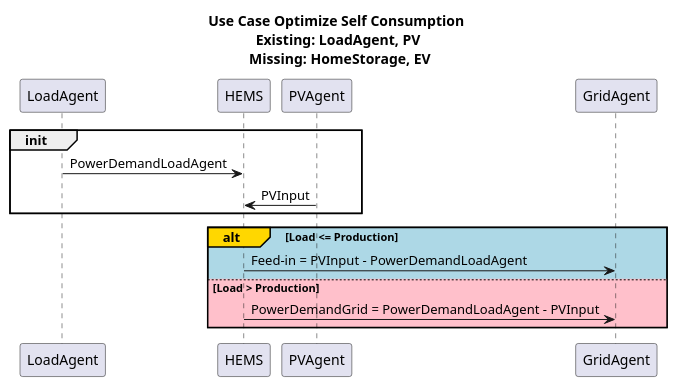
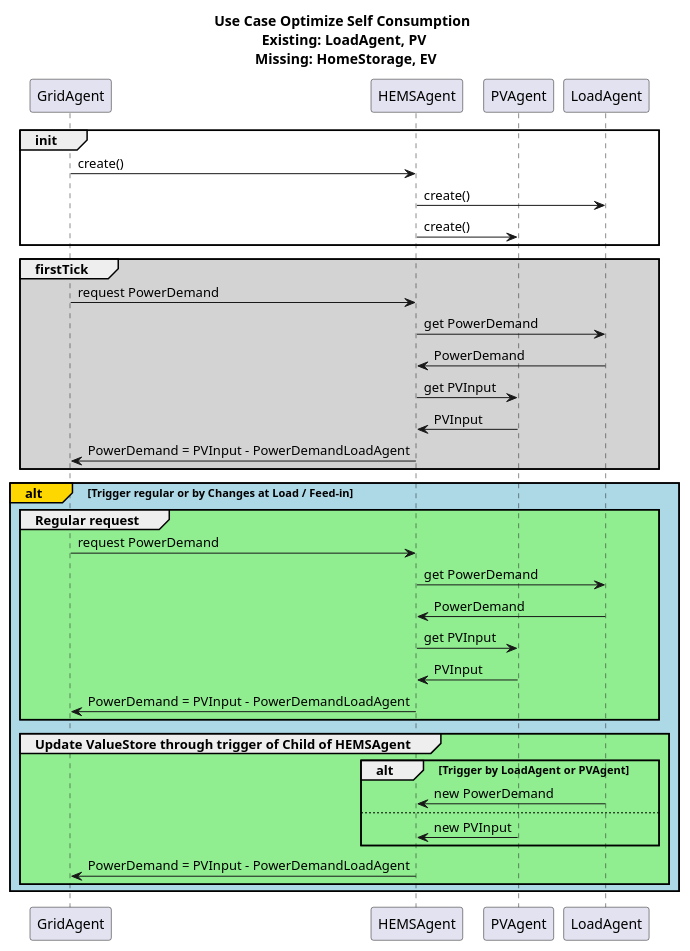
The diagram in docs/uml/protocol/HEMS_Control/HemsControlSelfOptLoadPV.puml (ie3-institute/simona), drawn with PlantUML before and after one commit. The commit also changed 6 other files, not shown here.

Commit message:
Harmonize Order of Agents in Sequence Diagramm Init Process of Agents Process diagram of new trigger First draft of documentation

```diff
--- a/docs/uml/protocol/HEMS_Control/HemsControlSelfOptLoadPV.puml
+++ b/docs/uml/protocol/HEMS_Control/HemsControlSelfOptLoadPV.puml
@@ -1,14 +1,41 @@
 @startuml
 title Use Case Optimize Self Consumption \n Existing: LoadAgent, PV \n Missing: HomeStorage, EV
-       group init
-            LoadAgent -> HEMS: PowerDemandLoadAgent
-            PVAgent -> HEMS: PVInput
-        end
-        alt#Gold #LightBlue Load <= Production
-            HEMS -> GridAgent: Feed-in = PVInput - PowerDemandLoadAgent
-        else #Pink Load > Production
-            HEMS -> GridAgent: PowerDemandGrid = PowerDemandLoadAgent - PVInput
-        end
+participant GridAgent
+participant HEMSAgent
+participant PVAgent
+participant LoadAgent
 
+group init
+    GridAgent -> HEMSAgent: create()
+    HEMSAgent -> LoadAgent: create()
+    HEMSAgent -> PVAgent: create()
+    end
 
+group #LightGrey firstTick
+    GridAgent -> HEMSAgent: request PowerDemand
+    HEMSAgent -> LoadAgent: get PowerDemand
+    LoadAgent -> HEMSAgent: PowerDemand
+    HEMSAgent -> PVAgent: get PVInput
+    PVAgent -> HEMSAgent: PVInput
+    HEMSAgent -> GridAgent: PowerDemand = PVInput - PowerDemandLoadAgent
+    end
+alt#Gold #LightBlue Trigger regular or by Changes at Load / Feed-in
+group #LightGreen Regular request
+    GridAgent -> HEMSAgent: request PowerDemand
+    HEMSAgent -> LoadAgent: get PowerDemand
+    LoadAgent -> HEMSAgent: PowerDemand
+    HEMSAgent -> PVAgent: get PVInput
+    PVAgent -> HEMSAgent: PVInput
+    HEMSAgent -> GridAgent: PowerDemand = PVInput - PowerDemandLoadAgent
+    end
+group #LightGreen Update ValueStore through trigger of Child of HEMSAgent
+    alt Trigger by LoadAgent or PVAgent
+    LoadAgent -> HEMSAgent: new PowerDemand
+    else
+    PVAgent -> HEMSAgent: new PVInput
+    end
+
+    HEMSAgent -> GridAgent: PowerDemand = PVInput - PowerDemandLoadAgent
+    end
+end
 @enduml
```
